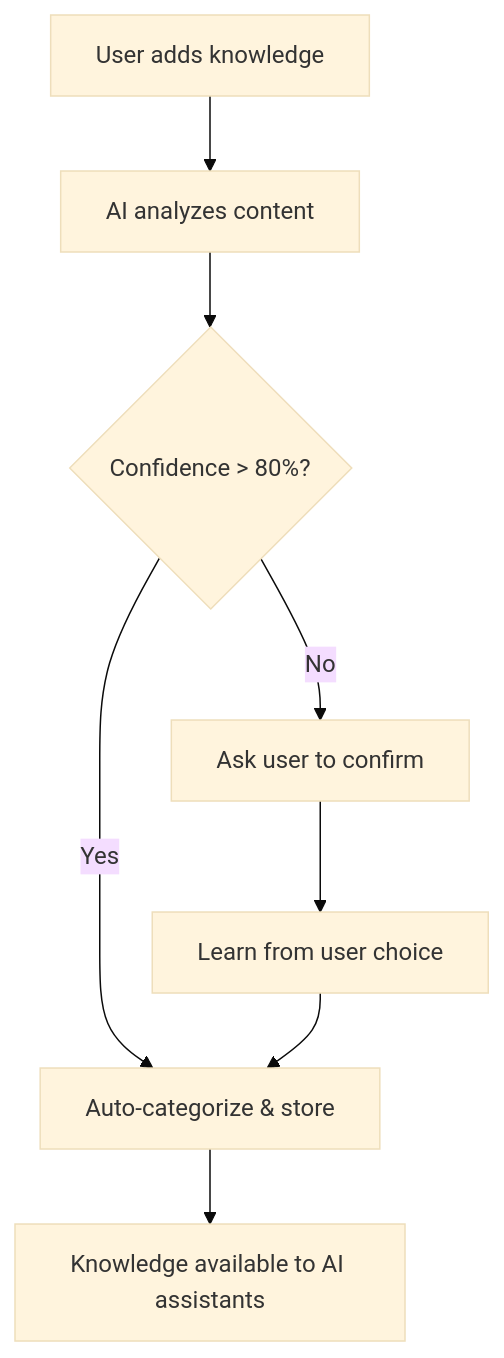
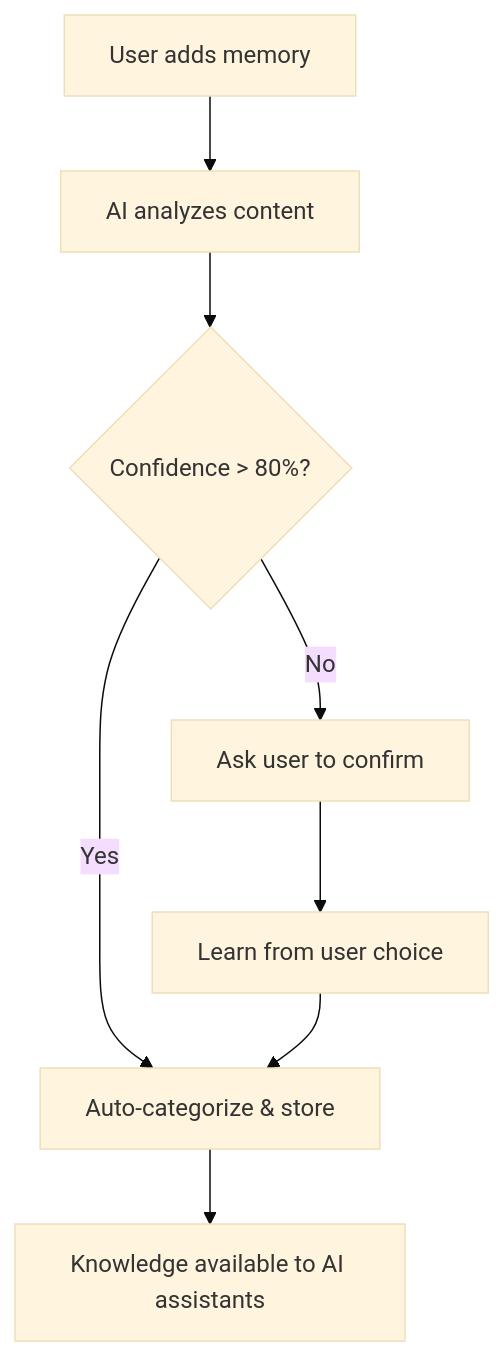
The diagram in docs/SMART_CATEGORIZATION.md (dossant-llc/magi), drawn with Mermaid (base theme) before and after one commit. The commit also changed other lines of this file and 29 other files, not shown here.

````diff
--- a/docs/SMART_CATEGORIZATION.md
+++ b/docs/SMART_CATEGORIZATION.md
@@ -9,10 +9,10 @@
 ```mermaid
 graph TD
-    A[User adds knowledge] --> B[AI analyzes content]
+    A[User adds memory] --> B[AI analyzes content]
     B --> C{Confidence > 80%?}
     C -->|Yes| D[Auto-categorize & store]
     C -->|No| E[Ask user to confirm]
     E --> F[Learn from user choice]
     F --> D
     D --> G[Knowledge available to AI assistants]
 ```
````
